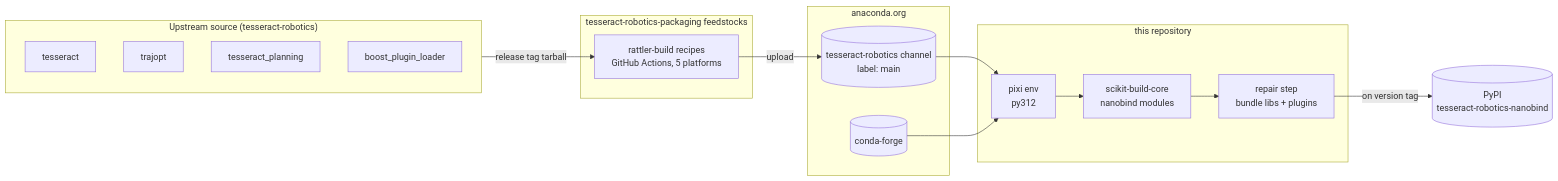
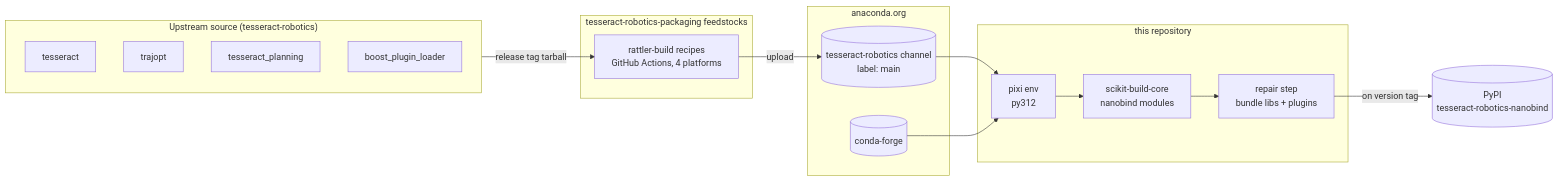
Before and after one commit to tesseract-robotics/tesseract_nanobind: the first of 4 diagrams in docs/developer/binaries.md, drawn with Mermaid. The commit also changed other lines of this file and 5 other files, not shown here.

````diff
--- a/docs/developer/binaries.md
+++ b/docs/developer/binaries.md
@@ -18,28 +18,28 @@
 ```mermaid
 flowchart LR
     subgraph upstream["Upstream source (tesseract-robotics)"]
         T[tesseract]
         TR[trajopt]
         TP[tesseract_planning]
         BPL[boost_plugin_loader]
     end
     subgraph pkg["tesseract-robotics-packaging feedstocks"]
-        F[rattler-build recipes<br/>GitHub Actions, 5 platforms]
+        F[rattler-build recipes<br/>GitHub Actions, 4 platforms]
     end
     subgraph chan["anaconda.org"]
         C[(tesseract-robotics channel<br/>label: main)]
         CF[(conda-forge)]
     end
     subgraph repo["this repository"]
         P[pixi env<br/>py312]
         B[scikit-build-core<br/>nanobind modules]
         R[repair step<br/>bundle libs + plugins]
     end
     W[(PyPI<br/>tesseract-robotics-nanobind)]
 
     upstream -->|release tag tarball| F
     F -->|upload| C
     C --> P
     CF --> P
     P --> B --> R -->|on version tag| W
 ```
````
